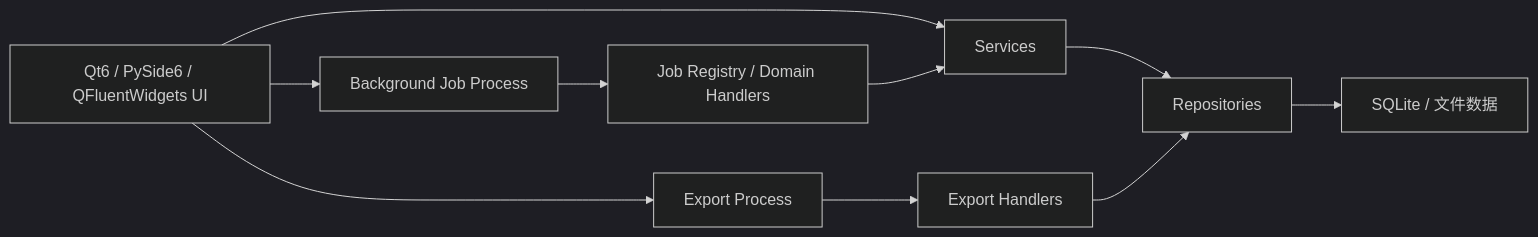
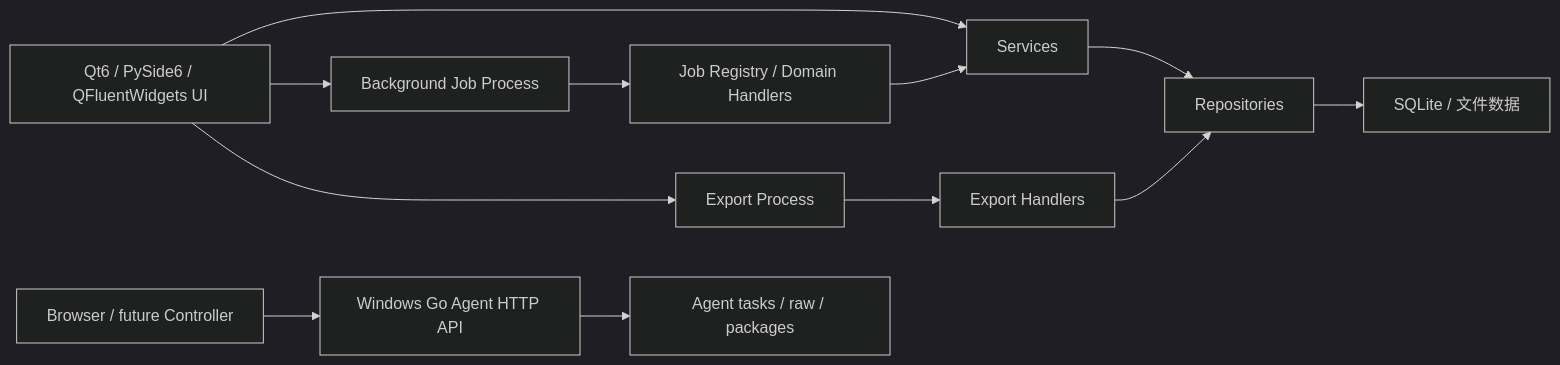
Before and after one commit to wxj183589/NetConsole: the diagram in README.md, drawn with Mermaid (dark theme). The commit also changed other lines of this file and 62 other files, not shown here.

````diff
--- a/README.md
+++ b/README.md
@@ -38,12 +38,14 @@
 ```mermaid
 flowchart LR
     UI["Qt6 / PySide6 / QFluentWidgets UI"] --> SVC["Services"]
     SVC --> REPO["Repositories"]
     REPO --> DB["SQLite / 文件数据"]
     UI --> JOB["Background Job Process"]
     UI --> EXP["Export Process"]
     JOB --> REG["Job Registry / Domain Handlers"]
     EXP --> WRITER["Export Handlers"]
     REG --> SVC
     WRITER --> REPO
+    BROWSER["Browser / future Controller"] --> AGENT["Windows Go Agent HTTP API"]
+    AGENT --> AGENTDATA["Agent tasks / raw / packages"]
 ```
````
